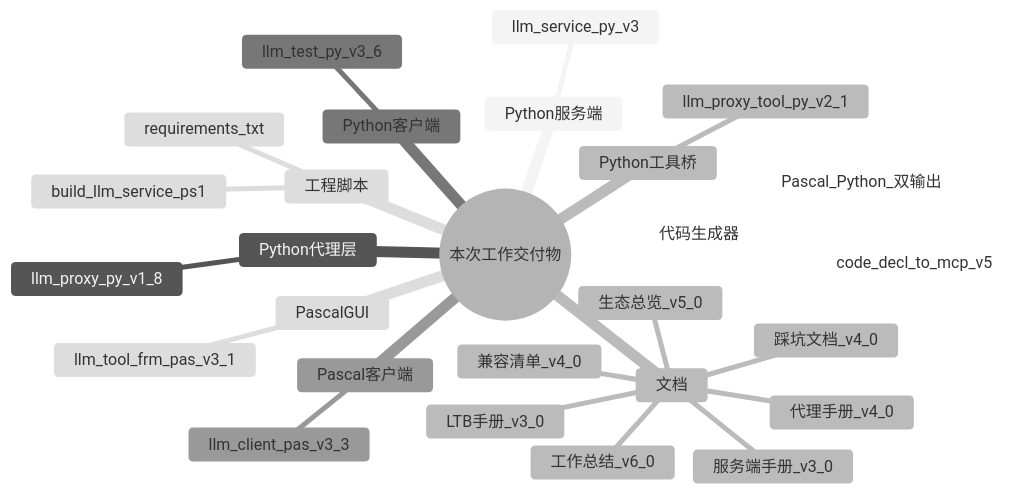
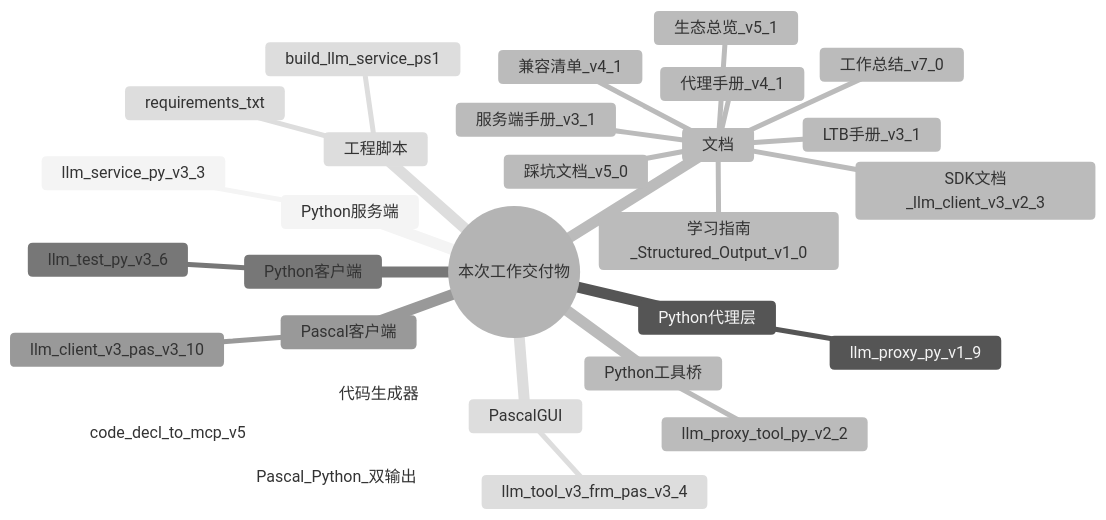
The first of 14 diagrams in src/LingoFuse_LLM_Service_Work_Summary.md (PassByYou888/LingoFuse-pasAgent-v3), drawn with Mermaid (neutral theme) before and after one commit. The commit also changed other lines of this file, not shown here.

````diff
--- a/src/LingoFuse_LLM_Service_Work_Summary.md
+++ b/src/LingoFuse_LLM_Service_Work_Summary.md
@@ -60,30 +64,32 @@
 ```mermaid
 mindmap
   root(("本次工作交付物"))
     Python服务端
-      llm_service_py_v3
+      llm_service_py_v3_3
     Python代理层
-      llm_proxy_py_v1_8
+      llm_proxy_py_v1_9
     Python工具桥
-      llm_proxy_tool_py_v2_1
+      llm_proxy_tool_py_v2_2
     Python客户端
       llm_test_py_v3_6
     Pascal客户端
-      llm_client_pas_v3_3
+      llm_client_v3_pas_v3_10
     PascalGUI
-      llm_tool_frm_pas_v3_1
+      llm_tool_v3_frm_pas_v3_4
     代码生成器
       code_decl_to_mcp_v5
       Pascal_Python_双输出
     工程脚本
       build_llm_service_ps1
       requirements_txt
     文档
-      工作总结_v6_0
-      生态总览_v5_0
-      踩坑文档_v4_0
-      服务端手册_v3_0
-      代理手册_v4_0
-      LTB手册_v3_0
-      兼容清单_v4_0
+      工作总结_v7_0
+      生态总览_v5_1
+      踩坑文档_v5_0
+      学习指南_Structured_Output_v1_0
+      SDK文档_llm_client_v3_v2_3
+      服务端手册_v3_1
+      代理手册_v4_1
+      LTB手册_v3_1
+      兼容清单_v4_1
 ```
````
